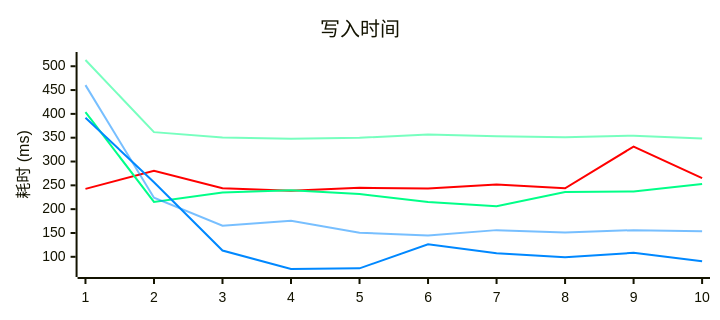
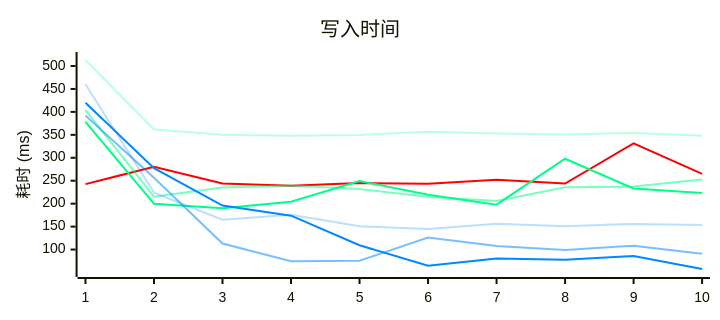
One commit to RDCN-Community-Developers/RhythmToolkit changed the third of 3 diagrams in README_cn.md. Above: the diagram before and after it, drawn with Mermaid. The commit also changed other lines of this file and 1 other file, not shown here.

Commit message:
更新数据

````diff
--- a/README_cn.md
+++ b/README_cn.md
@@ -140,23 +144,27 @@
 ```mermaid
 ---
 config:
     xyChart:
         height: 300
     themeVariables:
         xyChart:
-            plotColorPalette: '#F00, #0F88, #0F8, #08F8, #08F'
+            plotColorPalette: '#F00, #0F84, #0F88,  #0F8, #08F4, #08F8, #08F'
 ---
 xychart
   title "写入时间"
     y-axis "耗时 (ms)"
     %% RDLE
     line [242.5163, 280.5837, 243.9327, 238.8927, 244.9178, 243.3303, 251.8815, 243.9217, 331.3641, 265.0274]
     %% RDTK .NET Standard 2.0 v1.3.4
     line [513.1026, 361.6694, 350.3818, 347.8336, 349.8539, 356.7689, 353.0014, 350.7653, 354.2552, 348.2180]
     %% RDTK .NET Standard 2.0 v1.3.9
     line [403.8953,215.1384,235.0083,239.653,231.9253,215.1407,205.9433,235.8352,237.2161,252.8412]
+    %% RDTK .NET Standard 2.0 v1.3.10
+    line [378.2349,199.9493,190.2174,204.2167,249.4367,219.3135,197.8157,297.8816,233.1203,223.2512]
     %% RDTK .NET 8.0 v1.3.4
     line [460.3911, 224.0186, 165.0900, 175.7229, 150.6010, 144.8973, 155.9880, 150.8031, 155.9035, 153.7161]
     %% RDTK .NET 8.0 v1.3.9
     line [391.9549,256.5255,113.1473,74.3901,75.7604,126.1112,107.5059,99.014,108.391,90.731]
+    %% RDTK .NET 8.0 v1.3.10
+    line [419.8573,277.4102,195.8157,173.8777,109.3214,64.7145,80.4896,77.9989,85.8971,57.5985]
 ```
````
